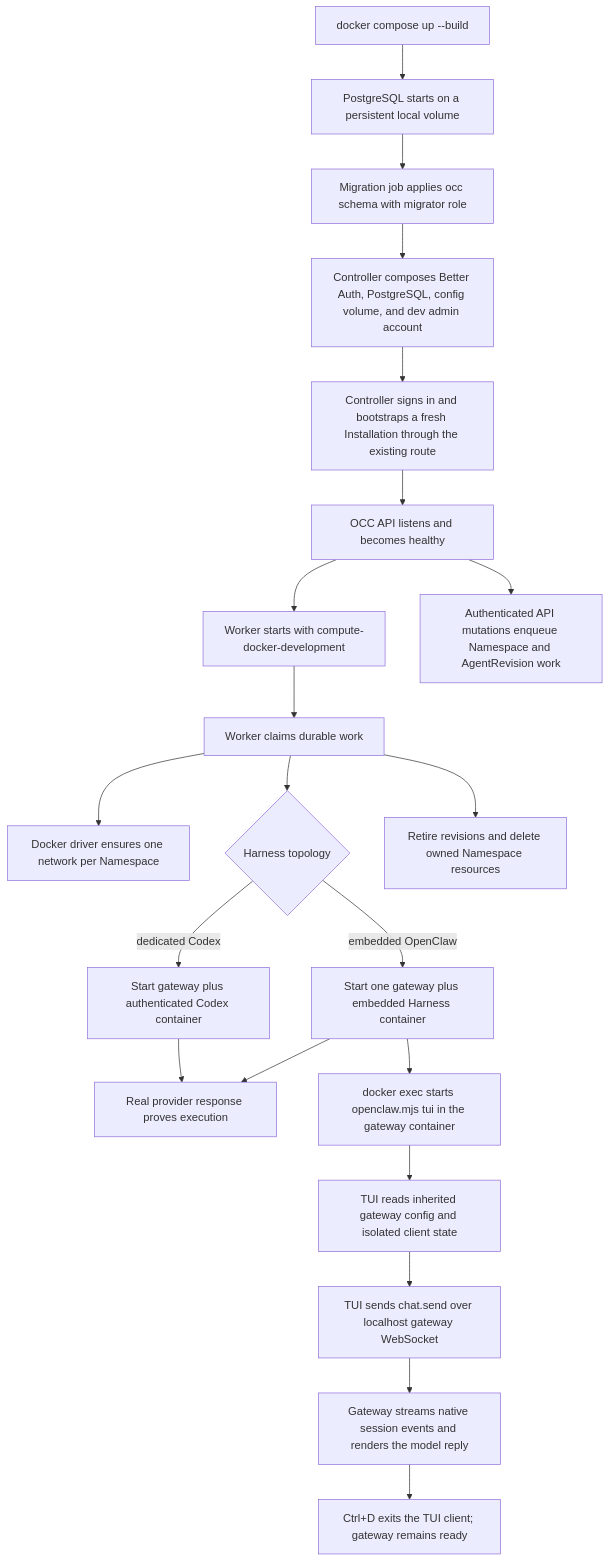
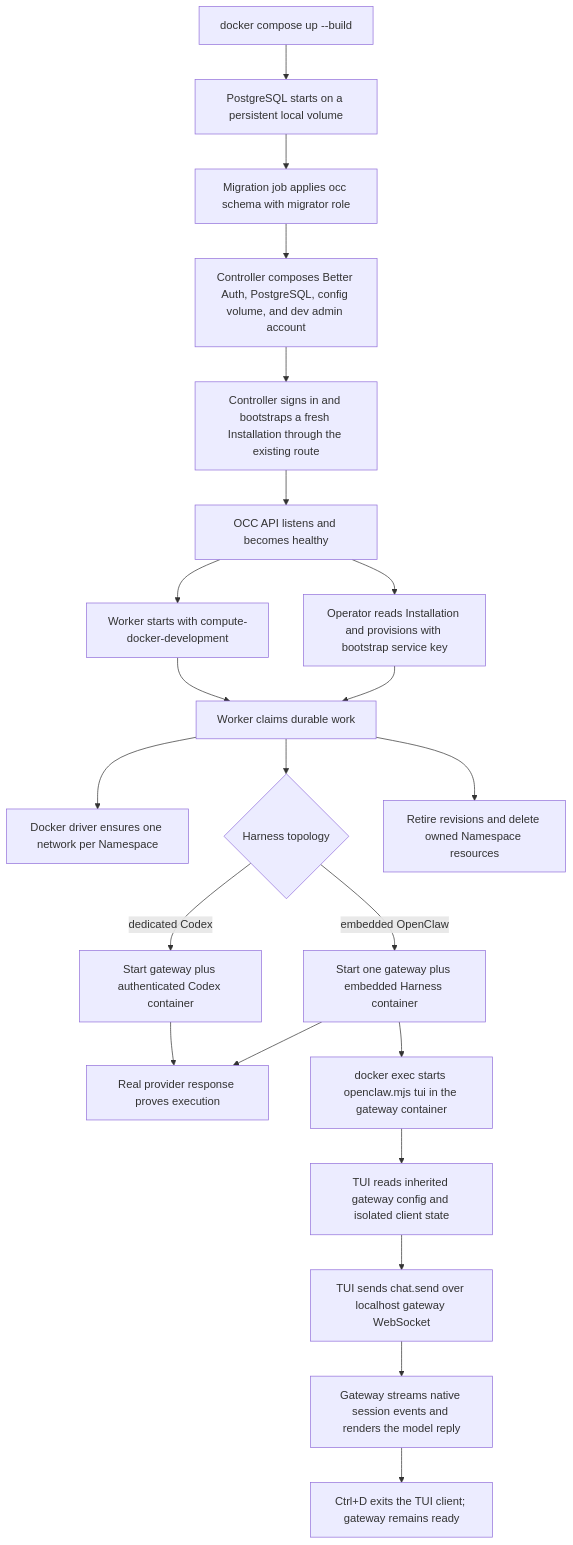
One commit to IsaiahStapleton/openclaw-enterprise changed the diagram in docs/flows/docker-compose-development.md. Above: the diagram before and after it, drawn with Mermaid. The commit also changed other lines of this file and 6 other files, not shown here.

Commit message:
docs: deploy with bootstrap service-account tokens

````diff
--- a/docs/flows/docker-compose-development.md
+++ b/docs/flows/docker-compose-development.md
@@ -43,23 +43,24 @@
 ```mermaid
 graph TD
   A["docker compose up --build"] --> B["PostgreSQL starts on a persistent local volume"]
   B --> C["Migration job applies occ schema with migrator role"]
   C --> D["Controller composes Better Auth, PostgreSQL, config volume, and dev admin account"]
   D --> E["Controller signs in and bootstraps a fresh Installation through the existing route"]
   E --> F["OCC API listens and becomes healthy"]
   F --> G["Worker starts with compute-docker-development"]
-  F --> H["Authenticated API mutations enqueue Namespace and AgentRevision work"]
+  F --> H["Operator reads Installation and provisions with bootstrap service key"]
+  H --> I
   G --> I["Worker claims durable work"]
   I --> J["Docker driver ensures one network per Namespace"]
   I --> K{"Harness topology"}
   K -->|embedded OpenClaw| L["Start one gateway plus embedded Harness container"]
   K -->|dedicated Codex| M["Start gateway plus authenticated Codex container"]
   L --> N["Real provider response proves execution"]
   M --> N
   L --> O["docker exec starts openclaw.mjs tui in the gateway container"]
   O --> P["TUI reads inherited gateway config and isolated client state"]
   P --> Q["TUI sends chat.send over localhost gateway WebSocket"]
   Q --> R["Gateway streams native session events and renders the model reply"]
   R --> S["Ctrl+D exits the TUI client; gateway remains ready"]
   I --> T["Retire revisions and delete owned Namespace resources"]
 ```
````
